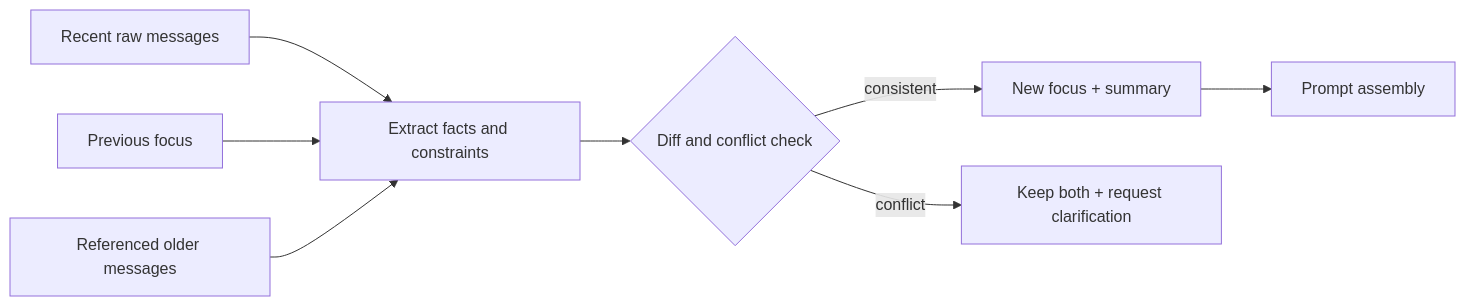
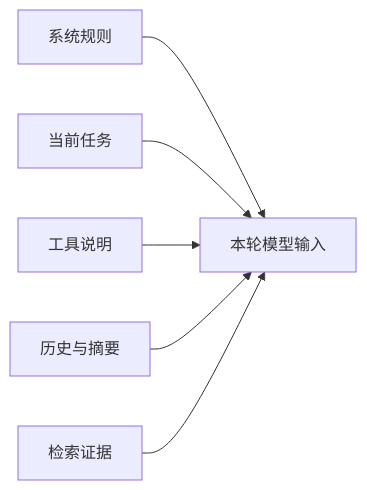
The diagram in docs/ai-agent/context-compression.md (upJiang/jiang-blog-vitepress), drawn with Mermaid before and after one commit. The commit also changed other lines of this file and 164 other files, not shown here.

````diff
--- a/docs/ai-agent/context-compression.md
+++ b/docs/ai-agent/context-compression.md
@@ -115,10 +19,8 @@
 ```mermaid
 flowchart LR
-  H[Recent raw messages] --> X[Extract facts and constraints]
-  O[Previous focus] --> X
-  R[Referenced older messages] --> X
-  X --> D{Diff and conflict check}
-  D -->|consistent| N[New focus + summary]
-  D -->|conflict| C[Keep both + request clarification]
-  N --> P[Prompt assembly]
+  A[系统规则] --> F[本轮模型输入]
+  B[当前任务] --> F
+  C[工具说明] --> F
+  D[历史与摘要] --> F
+  E[检索证据] --> F
 ```
````
